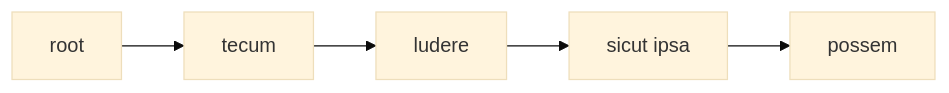
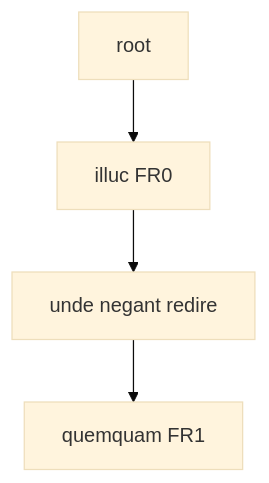
One commit to vedph/cadmus-doc changed the first of 2 diagrams in migration/rendering/samples/tei-simple-ps.md. Above: the diagram before and after it, drawn with Mermaid (base theme). The commit also changed other lines of this file and 2 other files, not shown here.

````diff
--- a/migration/rendering/samples/tei-simple-ps.md
+++ b/migration/rendering/samples/tei-simple-ps.md
@@ -66,8 +42,7 @@
 ```mermaid
-graph LR;
+graph TB;
 
-root --> 1[tecum]
-1 --> 2[ludere]
-2 --> 3[sicut ipsa]
-3 --> 4[possem]
+root --> 1[illuc FR0]
+1 --> 2[ unde negant redire ]
+2 --> 3[quemquam FR1]
 ```
````
